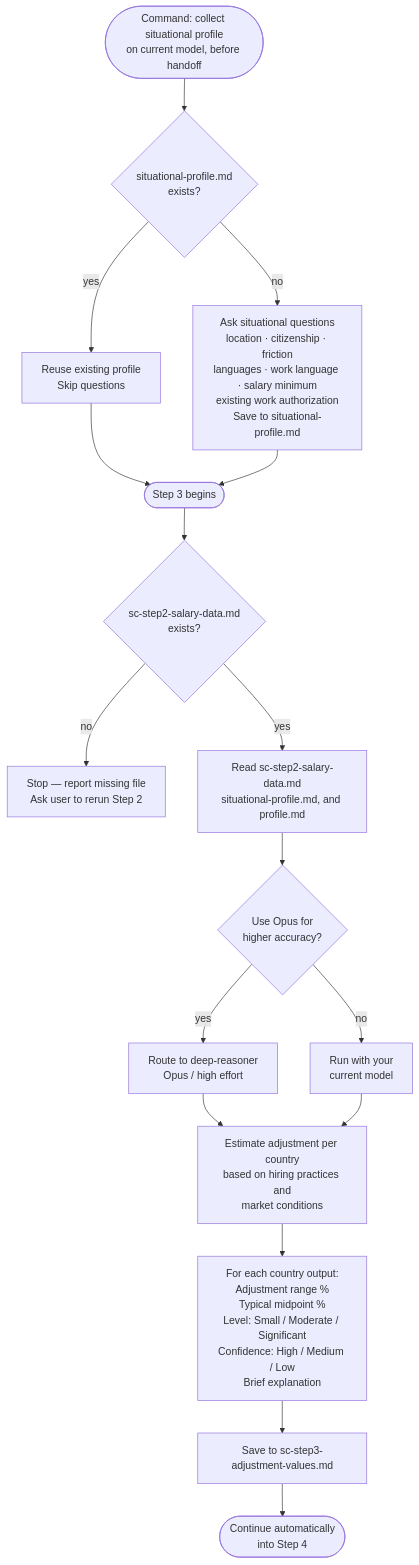
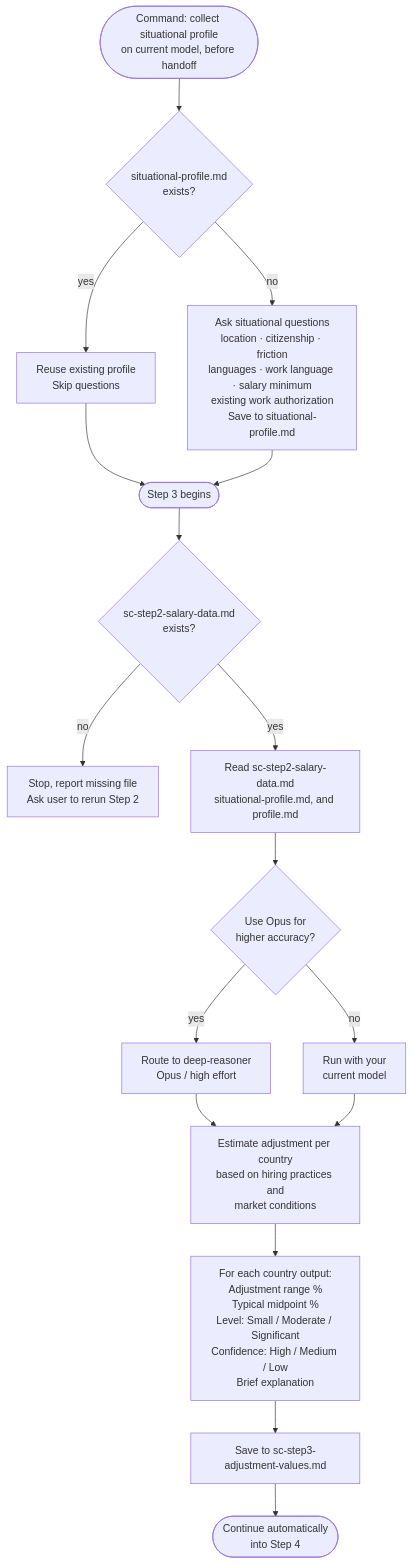
The diagram in docs/commands/salary-calculator/step3-international-adjustment.md (myowinthein/agent-compass), drawn with Mermaid before and after one commit. The commit also changed other lines of this file and 19 other files, not shown here.

````diff
--- a/docs/commands/salary-calculator/step3-international-adjustment.md
+++ b/docs/commands/salary-calculator/step3-international-adjustment.md
@@ -14,19 +14,19 @@
 ```mermaid
 flowchart TD
   Start([Command: collect situational profile\non current model, before handoff]) --> SitCheck{situational-profile.md\nexists?}
   SitCheck -->|yes| ReuseSit[Reuse existing profile\nSkip questions]
   SitCheck -->|no| SitQ[Ask situational questions\nlocation · citizenship · friction\nlanguages · work language · salary minimum\nexisting work authorization\nSave to situational-profile.md]
   ReuseSit --> Begin
   SitQ --> Begin
   Begin([Step 3 begins]) --> FileCheck{sc-step2-salary-data.md\nexists?}
-  FileCheck -->|no| Error[Stop — report missing file\nAsk user to rerun Step 2]
+  FileCheck -->|no| Error[Stop, report missing file\nAsk user to rerun Step 2]
   FileCheck -->|yes| ReadFile[Read sc-step2-salary-data.md\nsituational-profile.md, and profile.md]
   ReadFile --> OpusQ{Use Opus for\nhigher accuracy?}
   OpusQ -->|yes| DeepReasoner[Route to deep-reasoner\nOpus / high effort]
   OpusQ -->|no| CurrentModel[Run with your\ncurrent model]
   DeepReasoner --> Estimate
   CurrentModel --> Estimate
   Estimate[Estimate adjustment per country\nbased on hiring practices and\nmarket conditions] --> Output[For each country output:\nAdjustment range %\nTypical midpoint %\nLevel: Small / Moderate / Significant\nConfidence: High / Medium / Low\nBrief explanation]
   Output --> Save[Save to sc-step3-adjustment-values.md]
   Save --> Done([Continue automatically\ninto Step 4])
 ```
````
